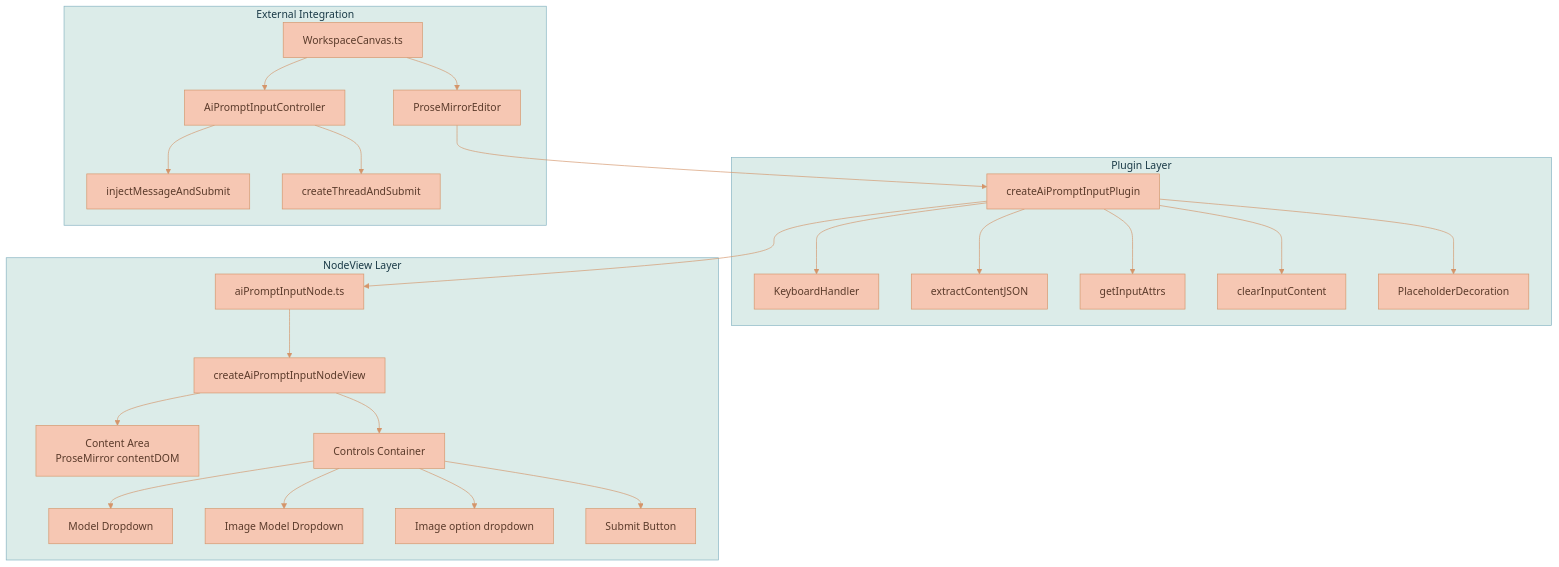
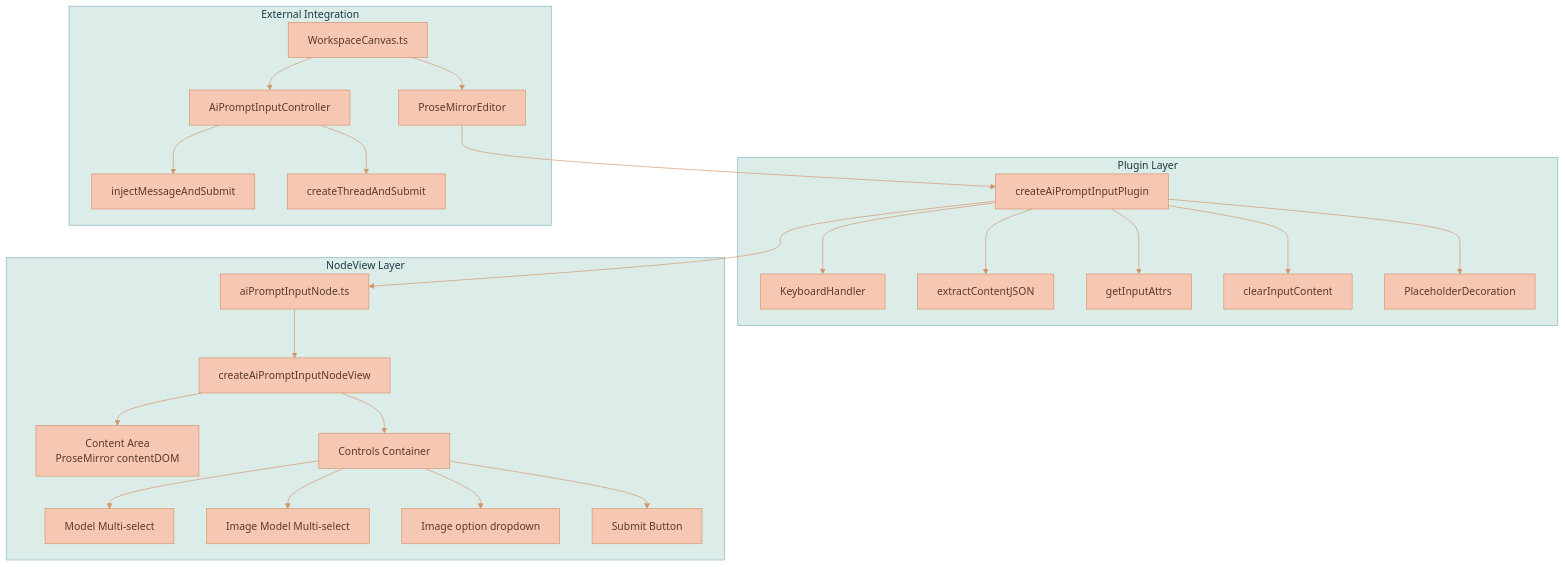
The first of 2 diagrams in services/web-ui/src/components/proseMirror/plugins/aiPromptInputPlugin/README.md (Lixpi/lixpi), drawn with Mermaid before and after one commit. The commit also changed other lines of this file and 11 other files, not shown here.

Commit message:
LIX-232 # Add multi-model selection controls

````diff
--- a/services/web-ui/src/components/proseMirror/plugins/aiPromptInputPlugin/README.md
+++ b/services/web-ui/src/components/proseMirror/plugins/aiPromptInputPlugin/README.md
@@ -27,31 +27,31 @@
 ```mermaid
 %%{init: {'theme': 'base', 'themeVariables': { 'primaryColor': '#F6C7B3', 'primaryTextColor': '#5a3a2a', 'primaryBorderColor': '#d4956a', 'secondaryColor': '#C3DEDD', 'secondaryTextColor': '#1a3a47', 'secondaryBorderColor': '#4a8a9d', 'tertiaryColor': '#DCECE9', 'tertiaryTextColor': '#1a3a47', 'tertiaryBorderColor': '#82B2C0', 'lineColor': '#d4956a', 'textColor': '#5a3a2a'}}}%%
 graph TD
     subgraph "Plugin Layer"
         A[createAiPromptInputPlugin] --> B[KeyboardHandler]
         A --> C[extractContentJSON]
         A --> D[getInputAttrs]
         A --> E[clearInputContent]
         A --> F[PlaceholderDecoration]
     end
 
     subgraph "NodeView Layer"
         N[aiPromptInputNode.ts] --> NV[createAiPromptInputNodeView]
         NV --> CONT[Content Area<br/>ProseMirror contentDOM]
         NV --> CTRL[Controls Container]
-        CTRL --> MD[Model Dropdown]
-        CTRL --> IMD[Image Model Dropdown]
+        CTRL --> MD[Model Multi-select]
+        CTRL --> IMD[Image Model Multi-select]
         CTRL --> ISD[Image option dropdown]
         CTRL --> SB[Submit Button]
     end
 
     subgraph "External Integration"
         PE[ProseMirrorEditor] --> A
         WC[WorkspaceCanvas.ts] --> PE
         WC --> CTRL2[AiPromptInputController]
         CTRL2 --> INJ[injectMessageAndSubmit]
         CTRL2 --> CRT[createThreadAndSubmit]
     end
 
     A --> N
 ```
````
